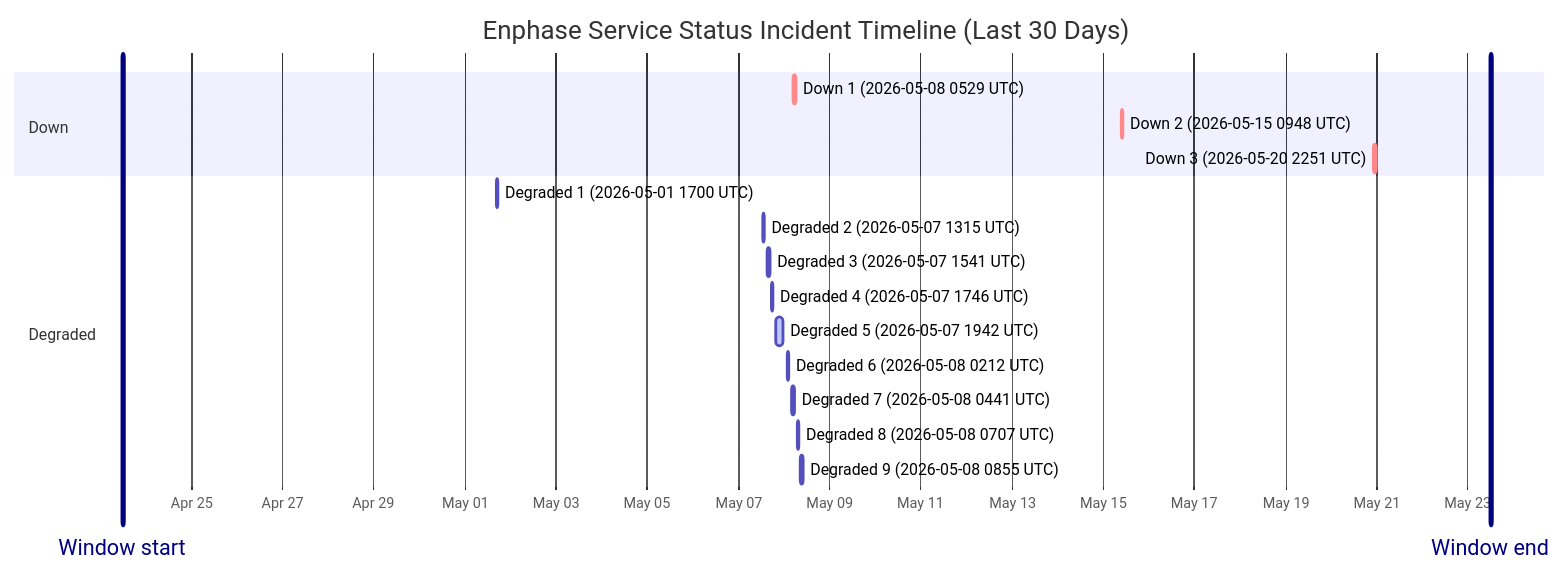
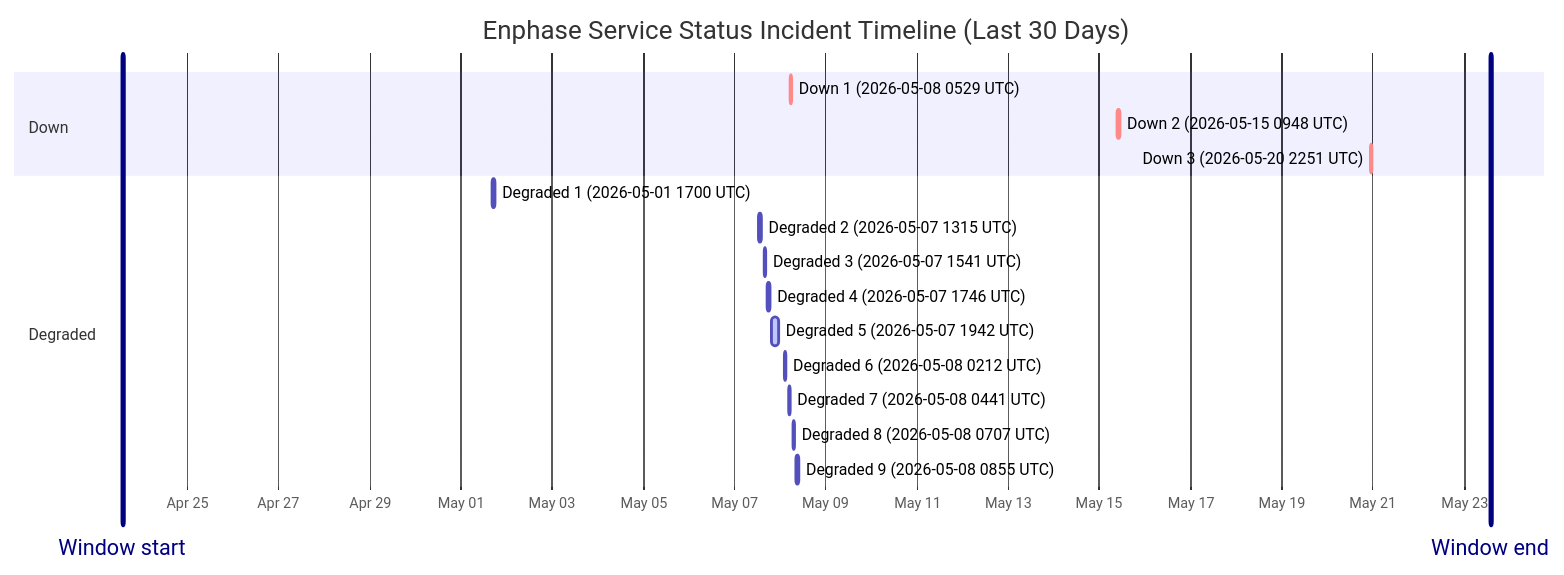
Before and after one commit to barneyonline/ha-enphase-ev-charger: the diagram in wiki/Service-Status-History.md, drawn with Mermaid. The commit also changed other lines of this file and 3 other files, not shown here.

````diff
--- a/wiki/Service-Status-History.md
+++ b/wiki/Service-Status-History.md
@@ -14,22 +14,22 @@
 ```mermaid
 gantt
     title Enphase Service Status Incident Timeline (Last 30 Days)
     dateFormat  YYYY-MM-DDTHH:mm:ss
     axisFormat  %b %d
-    Window start :vert, window-start, 2026-04-23T11:58:53, 0ms
-    Window end :vert, window-end, 2026-05-23T11:58:53, 0ms
+    Window start :vert, window-start, 2026-04-23T13:56:11, 0ms
+    Window end :vert, window-end, 2026-05-23T13:56:11, 0ms
     section Down
     Down 1 (2026-05-08 0529 UTC) :crit, down-1, 2026-05-08T05:29:47, 60m
     Down 2 (2026-05-15 0948 UTC) :crit, down-2, 2026-05-15T09:48:18, 60m
     Down 3 (2026-05-20 2251 UTC) :crit, down-3, 2026-05-20T22:51:14, 75m
     section Degraded
     Degraded 1 (2026-05-01 1700 UTC) :active, degraded-1, 2026-05-01T17:00:22, 60m
     Degraded 2 (2026-05-07 1315 UTC) :active, degraded-2, 2026-05-07T13:15:25, 60m
     Degraded 3 (2026-05-07 1541 UTC) :active, degraded-3, 2026-05-07T15:41:58, 60m
     Degraded 4 (2026-05-07 1746 UTC) :active, degraded-4, 2026-05-07T17:46:51, 60m
     Degraded 5 (2026-05-07 1942 UTC) :active, degraded-5, 2026-05-07T19:42:10, 249m
     Degraded 6 (2026-05-08 0212 UTC) :active, degraded-6, 2026-05-08T02:12:39, 60m
     Degraded 7 (2026-05-08 0441 UTC) :active, degraded-7, 2026-05-08T04:41:46, 60m
     Degraded 8 (2026-05-08 0707 UTC) :active, degraded-8, 2026-05-08T07:07:30, 60m
     Degraded 9 (2026-05-08 0855 UTC) :active, degraded-9, 2026-05-08T08:55:20, 88m
 ```
````
